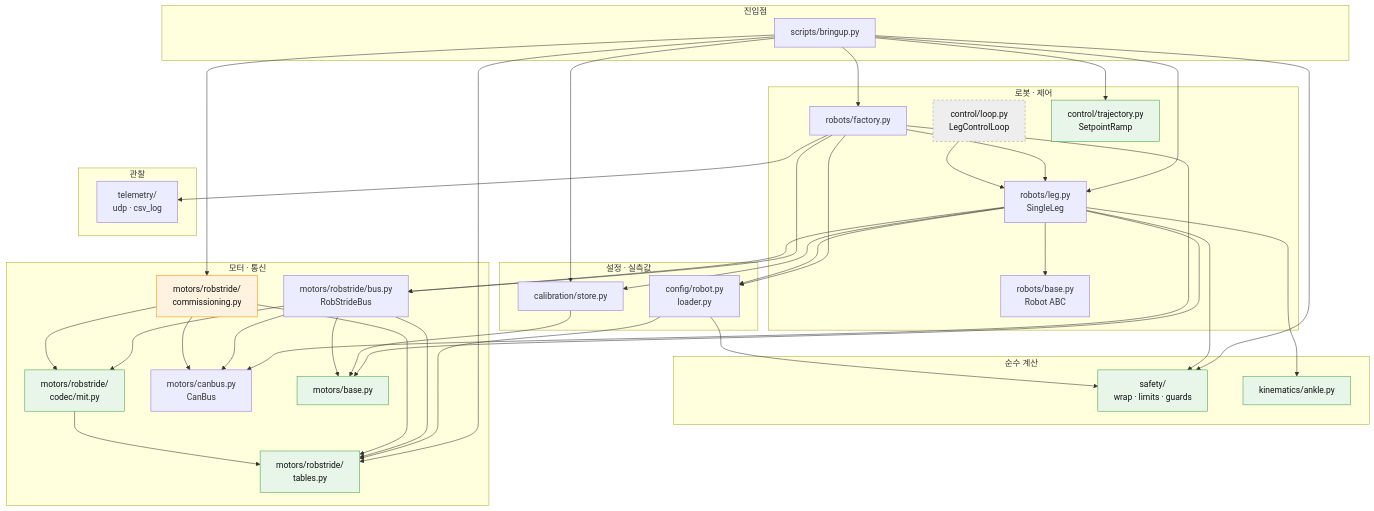
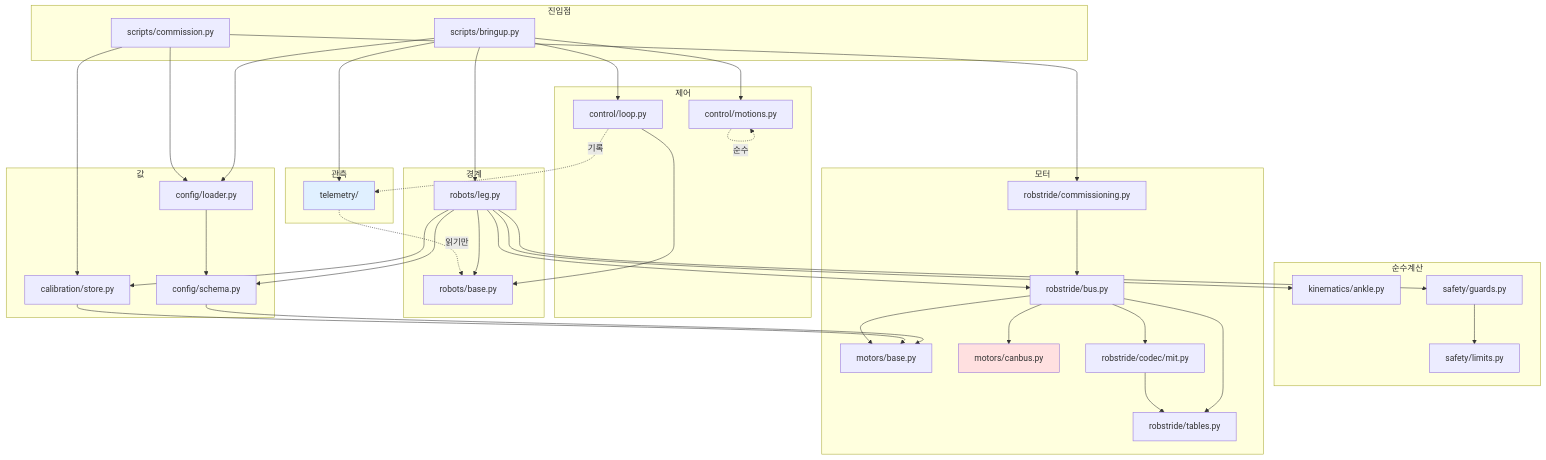
The first of 9 diagrams in docs/flow_diagrams.md (chanhue/HUPHY), drawn with Mermaid before and after one commit. The commit also changed other lines of this file and 10 other files, not shown here.

````diff
--- a/docs/flow_diagrams.md
+++ b/docs/flow_diagrams.md
@@ -14,54 +10,79 @@
 ```mermaid
-flowchart TD
-    subgraph L5["진입점"]
-        BRINGUP["scripts/bringup.py"]
+graph TD
+    subgraph 진입점
+        COMMISSION[scripts/commission.py]
+        BRINGUP[scripts/bringup.py]
     end
 
-    subgraph L4["로봇 · 제어"]
-        FACTORY["robots/factory.py"]
-        LEG["robots/leg.py<br/>SingleLeg"]
-        RBASE["robots/base.py<br/>Robot ABC"]
-        LOOP["control/loop.py<br/>LegControlLoop"]
-        TRAJ["control/trajectory.py<br/>SetpointRamp"]
+    subgraph 제어
+        LOOP[control/loop.py]
+        MOTIONS[control/motions.py]
     end
 
-    subgraph L3["설정 · 실측값"]
-        CFG["config/robot.py<br/>loader.py"]
-        CAL["calibration/store.py"]
+    subgraph 경계
+        LEG[robots/leg.py]
+        RBASE[robots/base.py]
     end
 
-    subgraph L2["순수 계산"]
-        SAFE["safety/<br/>wrap · limits · guards"]
-        KIN["kinematics/ankle.py"]
+    subgraph 순수계산
+        ANKLE[kinematics/ankle.py]
+        GUARDS[safety/guards.py]
+        LIMITS[safety/limits.py]
     end
 
-    subgraph L1["모터 · 통신"]
-        BUS["motors/robstride/bus.py<br/>RobStrideBus"]
-        COMM["motors/robstride/<br/>commissioning.py"]
-        CODEC["motors/robstride/<br/>codec/mit.py"]
-        TABLES["motors/robstride/<br/>tables.py"]
-        CAN["motors/canbus.py<br/>CanBus"]
-        MBASE["motors/base.py"]
+    subgraph 값
+        CFG[config/loader.py]
+        SCHEMA[config/schema.py]
+        CAL[calibration/store.py]
     end
 
-    subgraph L0["관찰"]
-        TELE["telemetry/<br/>udp · csv_log"]
+    subgraph 모터
+        MBASE[motors/base.py]
+        CANBUS[motors/canbus.py]
+        RBUS[robstride/bus.py]
+        CODEC[robstride/codec/mit.py]
+        TABLES[robstride/tables.py]
+        COMM[robstride/commissioning.py]
     end
 
-    BRINGUP --> FACTORY & LEG & TRAJ & SAFE & COMM & CAL & TABLES
-    FACTORY --> CFG & LEG & CAN & BUS & TELE
-    LOOP --> LEG
-    LEG --> RBASE & CFG & KIN & SAFE & CAL & BUS & MBASE
-    CFG --> SAFE & TABLES
+    subgraph 관측
+        TELE[telemetry/]
+    end
+
+    BRINGUP --> LOOP
+    BRINGUP --> MOTIONS
+    BRINGUP --> LEG
+    BRINGUP --> TELE
+    BRINGUP --> CFG
+    COMMISSION --> COMM
+    COMMISSION --> CFG
+    COMMISSION --> CAL
+
+    LOOP --> RBASE
+    LOOP -.기록.-> TELE
+    MOTIONS -.순수.-> MOTIONS
+
+    LEG --> RBASE
+    LEG --> ANKLE
+    LEG --> GUARDS
+    LEG --> CAL
+    LEG --> SCHEMA
+    LEG --> RBUS
+
+    GUARDS --> LIMITS
+    CFG --> SCHEMA
+    SCHEMA --> MBASE
     CAL --> MBASE
-    BUS --> MBASE & CAN & CODEC & TABLES
-    COMM --> CAN & CODEC & TABLES
+
+    RBUS --> MBASE
+    RBUS --> CANBUS
+    RBUS --> CODEC
+    RBUS --> TABLES
+    COMM --> RBUS
     CODEC --> TABLES
 
-    classDef pure fill:#e8f5e9,stroke:#43a047,color:#111
-    classDef danger fill:#fff3e0,stroke:#fb8c00,color:#111
-    classDef orphan fill:#eee,stroke:#999,stroke-dasharray:4,color:#111
-    class SAFE,KIN,TRAJ,TABLES,CODEC,MBASE pure
-    class COMM danger
-    class LOOP orphan
+    TELE -.읽기만.-> RBASE
+
+    style CANBUS fill:#ffe0e0
+    style TELE fill:#e0f0ff
 ```
````
